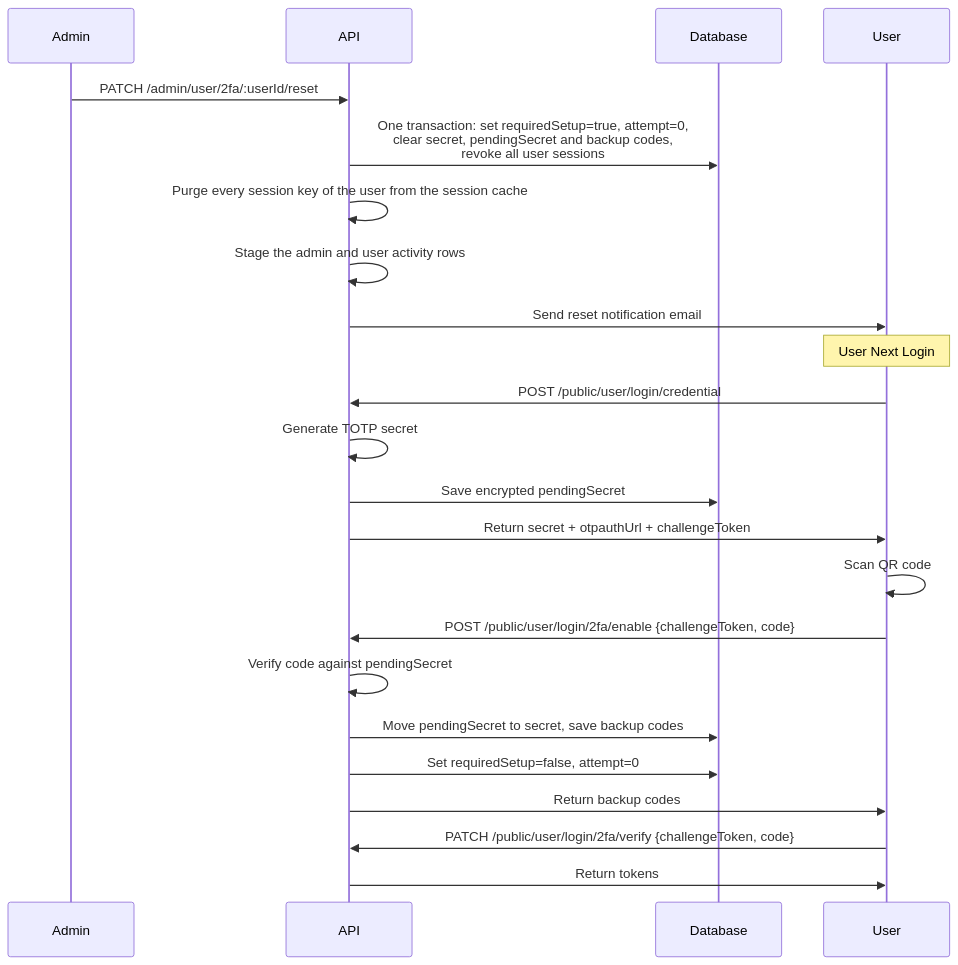
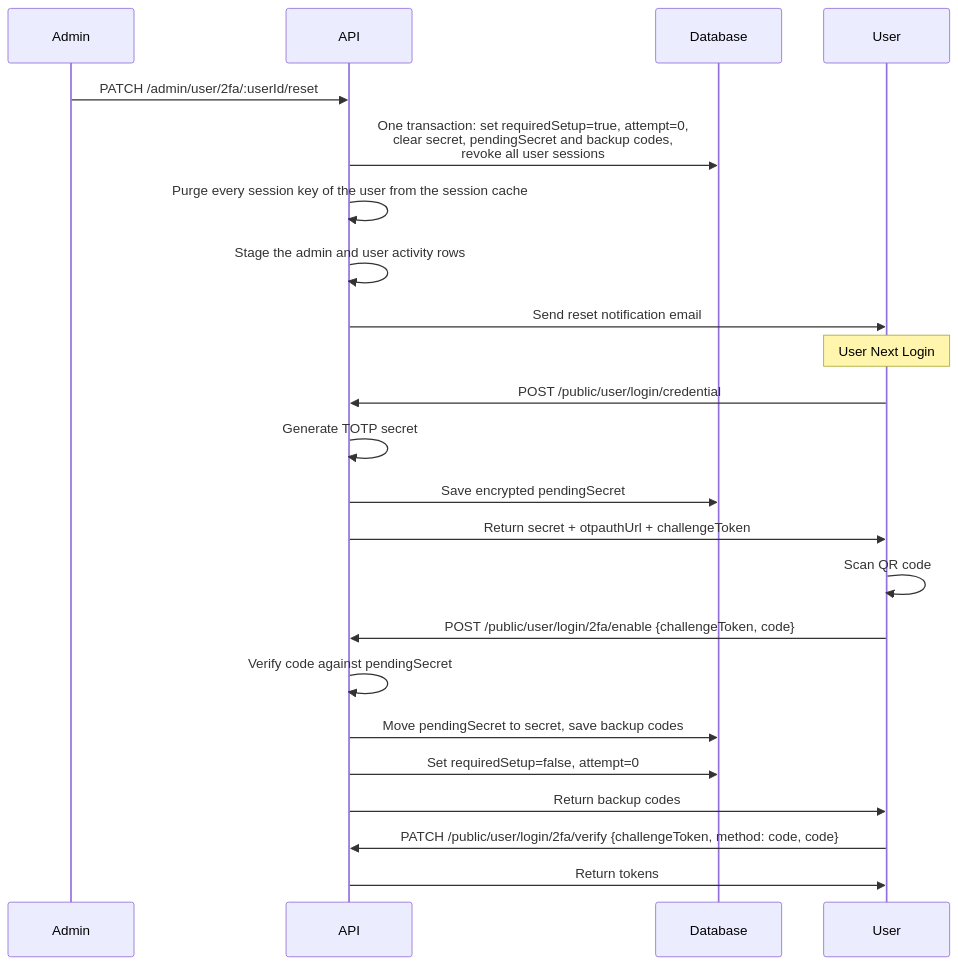
The third of 9 diagrams in docs/two-factor.md (andrechristikan/ack-nestjs-boilerplate), drawn with Mermaid before and after one commit. The commit also changed other lines of this file and 1195 other files, not shown here.

````diff
--- a/docs/two-factor.md
+++ b/docs/two-factor.md
@@ -287,27 +287,27 @@
 ```mermaid
 sequenceDiagram
     participant Admin
     participant API
     participant Database
     participant User
 
     Admin->>API: PATCH /admin/user/2fa/:userId/reset
     API->>Database: One transaction: set requiredSetup=true, attempt=0,<br/>clear secret, pendingSecret and backup codes,<br/>revoke all user sessions
     API->>API: Purge every session key of the user from the session cache
     API->>API: Stage the admin and user activity rows
     API->>User: Send reset notification email
     
     Note over User: User Next Login
     User->>API: POST /public/user/login/credential
     API->>API: Generate TOTP secret
     API->>Database: Save encrypted pendingSecret
     API->>User: Return secret + otpauthUrl + challengeToken
     User->>User: Scan QR code
     User->>API: POST /public/user/login/2fa/enable {challengeToken, code}
     API->>API: Verify code against pendingSecret
     API->>Database: Move pendingSecret to secret, save backup codes
     API->>Database: Set requiredSetup=false, attempt=0
     API->>User: Return backup codes
-    User->>API: PATCH /public/user/login/2fa/verify {challengeToken, code}
+    User->>API: PATCH /public/user/login/2fa/verify {challengeToken, method: code, code}
     API->>User: Return tokens
 ```
````
